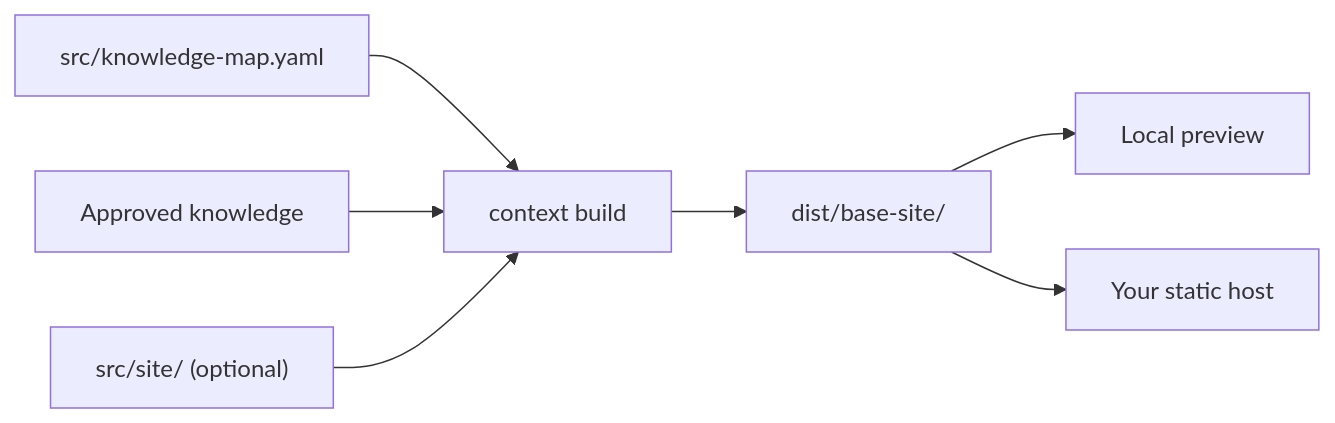
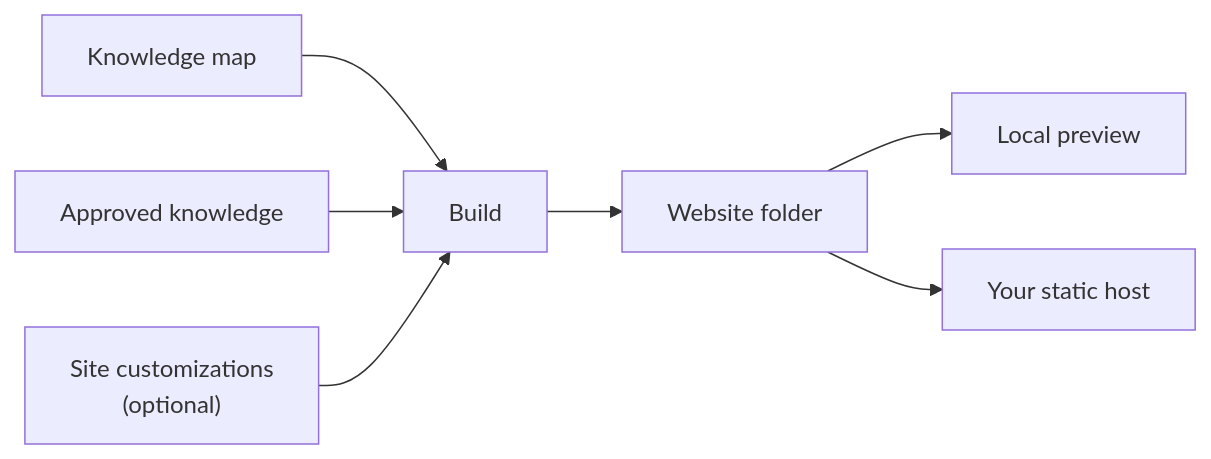
Before and after one commit to context4ai/portal: the diagram in knowledge/sop/outputs-and-sites/documentation-sites.md, drawn with Mermaid. The commit also changed other lines of this file and 129 other files, not shown here.

````diff
--- a/knowledge/sop/outputs-and-sites/documentation-sites.md
+++ b/knowledge/sop/outputs-and-sites/documentation-sites.md
@@ -14,9 +14,9 @@
 ```mermaid
 flowchart LR
-  map["src/knowledge-map.yaml"] --> build["context build"]
+  map["Knowledge map"] --> build["Build"]
   approved["Approved knowledge"] --> build
-  ext["src/site/ (optional)"] --> build
-  build --> site["dist/base-site/"]
+  ext["Site customizations<br/>(optional)"] --> build
+  build --> site["Website folder"]
   site --> preview["Local preview"]
   site --> host["Your static host"]
 ```
````
